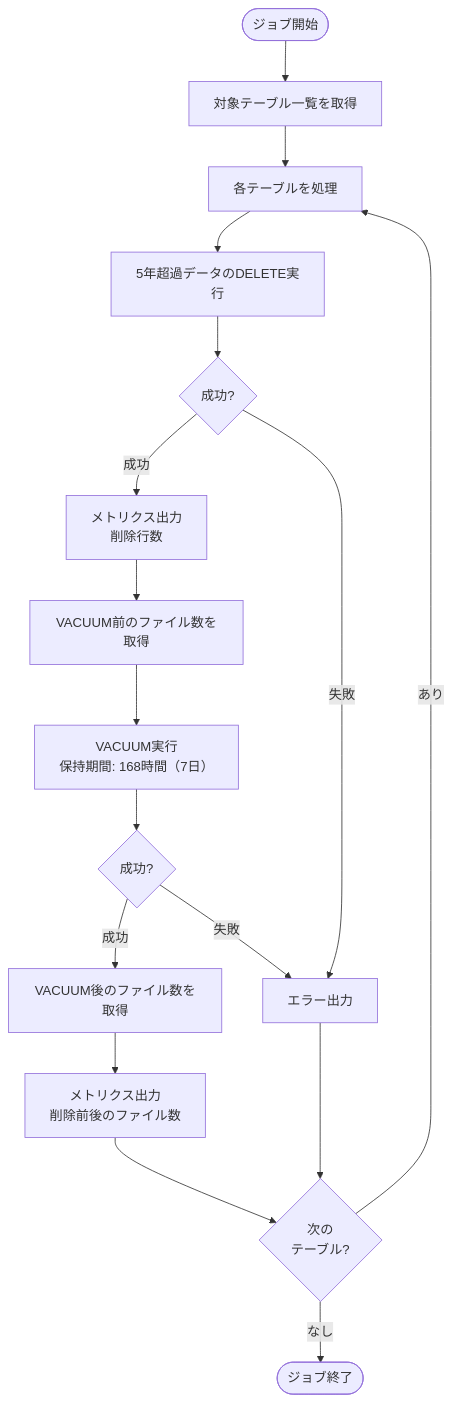
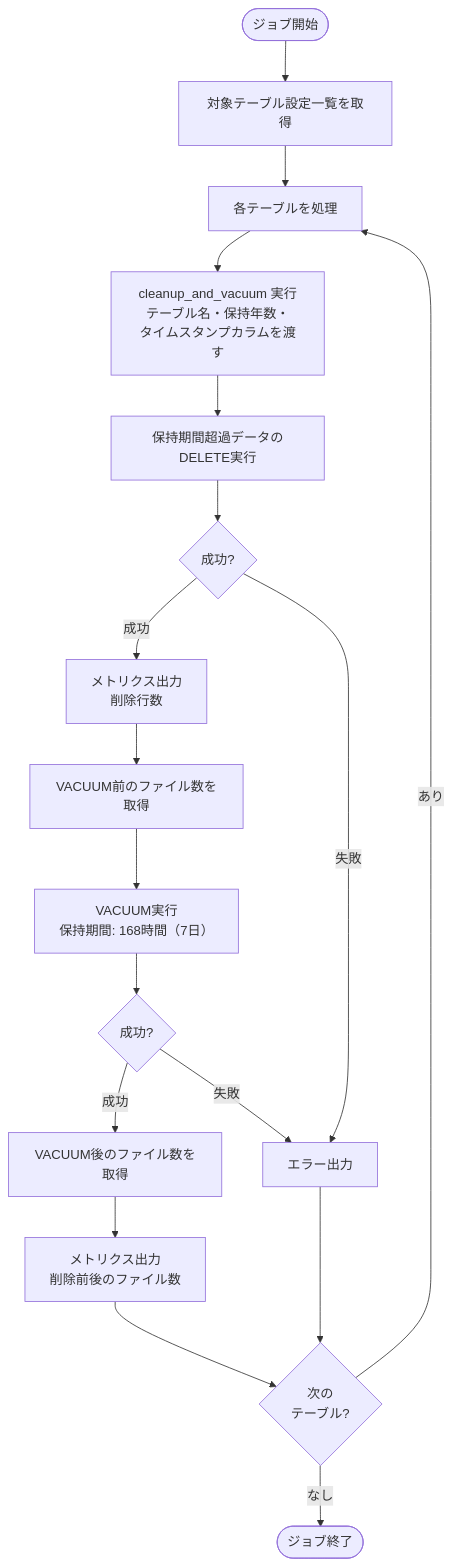
One commit to NSW-SVCP-AIWG002/Databricks-IoT changed the second of 3 diagrams in docs/03-features/batch/optimization/job-specification.md. Above: the diagram before and after it, drawn with Mermaid. The commit also changed other lines of this file and 2 other files, not shown here.

````diff
--- a/docs/03-features/batch/optimization/job-specification.md
+++ b/docs/03-features/batch/optimization/job-specification.md
@@ -180,25 +180,26 @@
 ```mermaid
 flowchart TD
-    Start([ジョブ開始]) --> GetTables[対象テーブル一覧を取得]
+    Start([ジョブ開始]) --> GetTables[対象テーブル設定一覧を取得]
     GetTables --> Loop[各テーブルを処理]
 
-    Loop --> Delete[5年超過データのDELETE実行]
+    Loop --> Cleanup[cleanup_and_vacuum 実行<br>テーブル名・保持年数・<br>タイムスタンプカラムを渡す]
+    Cleanup --> Delete[保持期間超過データのDELETE実行]
     Delete --> DeleteResult{成功?}
 
     DeleteResult -->|成功| DeleteMetrics[メトリクス出力<br>削除行数]
     DeleteResult -->|失敗| Error[エラー出力]
 
     DeleteMetrics --> Before[VACUUM前のファイル数を取得]
     Before --> Vacuum[VACUUM実行<br>保持期間: 168時間（7日）]
     Vacuum --> VacuumResult{成功?}
 
     VacuumResult -->|成功| After[VACUUM後のファイル数を取得]
     After --> Metrics[メトリクス出力<br>削除前後のファイル数]
     VacuumResult -->|失敗| Error
 
     Metrics --> Next{次の<br>テーブル?}
     Error --> Next
 
     Next -->|あり| Loop
     Next -->|なし| End([ジョブ終了])
 ```
````
